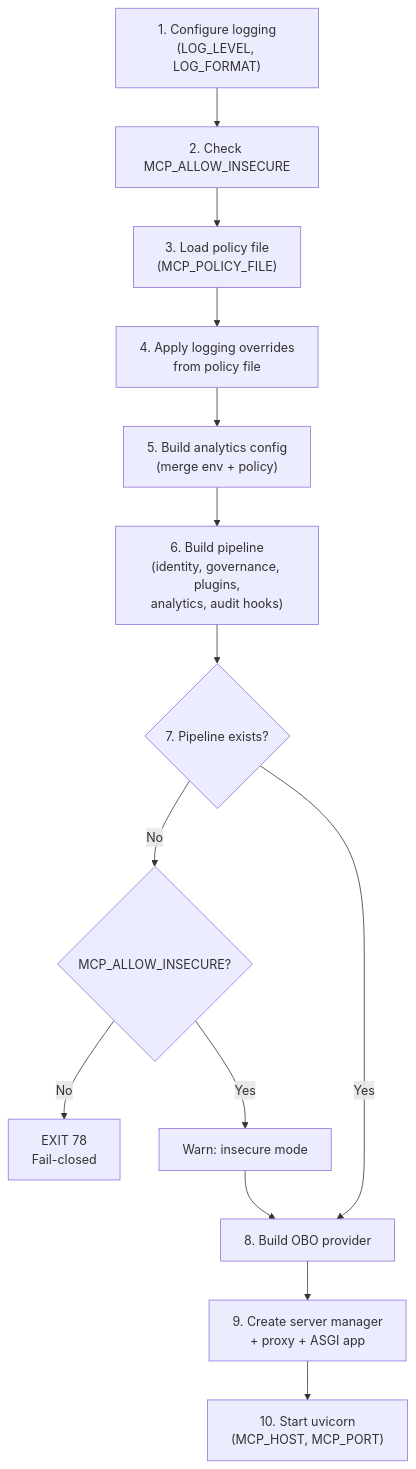
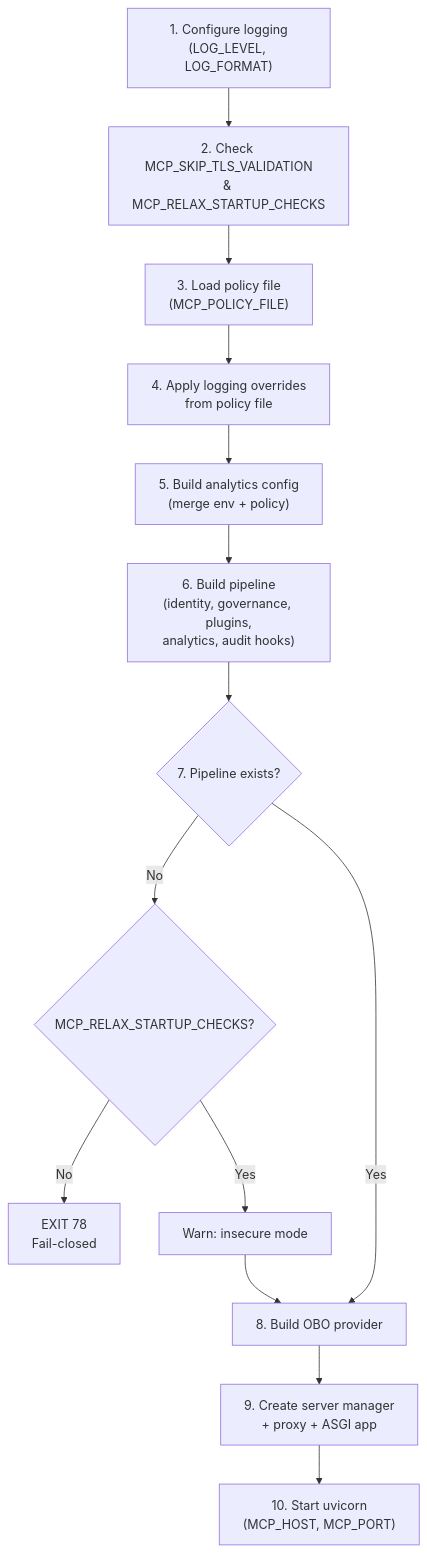
The second of 5 diagrams in docs/configuration-architecture.md (abwaters/mcp-zero), drawn with Mermaid before and after one commit. The commit also changed other lines of this file and 5 other files, not shown here.

````diff
--- a/docs/configuration-architecture.md
+++ b/docs/configuration-architecture.md
@@ -41,16 +41,16 @@
 ```mermaid
 flowchart TD
-    A["1. Configure logging<br/>(LOG_LEVEL, LOG_FORMAT)"] --> B["2. Check MCP_ALLOW_INSECURE"]
+    A["1. Configure logging<br/>(LOG_LEVEL, LOG_FORMAT)"] --> B["2. Check MCP_SKIP_TLS_VALIDATION<br/>& MCP_RELAX_STARTUP_CHECKS"]
     B --> C["3. Load policy file<br/>(MCP_POLICY_FILE)"]
     C --> D["4. Apply logging overrides<br/>from policy file"]
     D --> E["5. Build analytics config<br/>(merge env + policy)"]
     E --> F["6. Build pipeline<br/>(identity, governance, plugins,<br/>analytics, audit hooks)"]
     F --> G{"7. Pipeline exists?"}
-    G -->|No| H{"MCP_ALLOW_INSECURE?"}
+    G -->|No| H{"MCP_RELAX_STARTUP_CHECKS?"}
     H -->|No| I["EXIT 78<br/>Fail-closed"]
     H -->|Yes| J["Warn: insecure mode"]
     G -->|Yes| K["8. Build OBO provider"]
     J --> K
     K --> L["9. Create server manager<br/>+ proxy + ASGI app"]
     L --> M["10. Start uvicorn<br/>(MCP_HOST, MCP_PORT)"]
 ```
````
